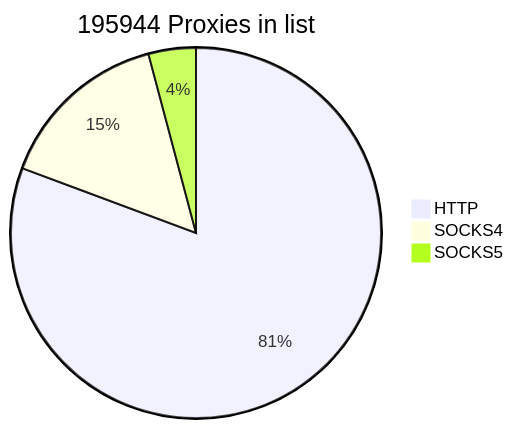
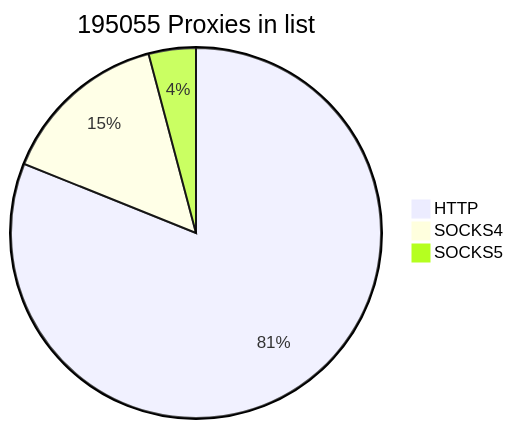
Before and after one commit to cutipu/proxylist: the first of 2 diagrams in README.md, drawn with Mermaid. The commit also changed other lines of this file, not shown here.

````diff
--- a/README.md
+++ b/README.md
@@ -2,7 +2,7 @@
 ```mermaid
-pie title 195944 Proxies in list
-    "HTTP" : 158092
-    "SOCKS4" : 29750
-    "SOCKS5" : 8102
+pie title 195055 Proxies in list
+    "HTTP" : 158162
+    "SOCKS4" : 28861
+    "SOCKS5" : 8032
             
 ```
````
